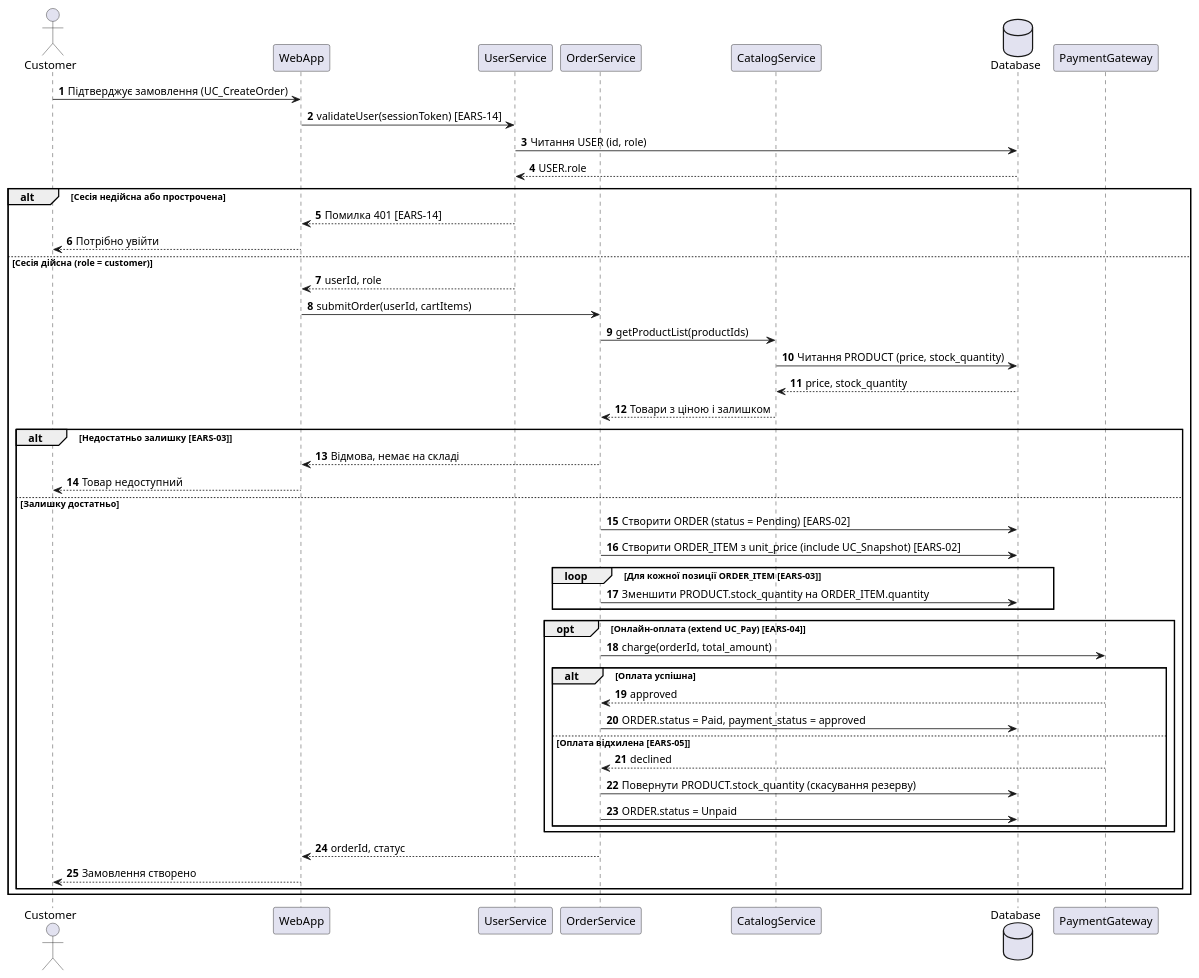
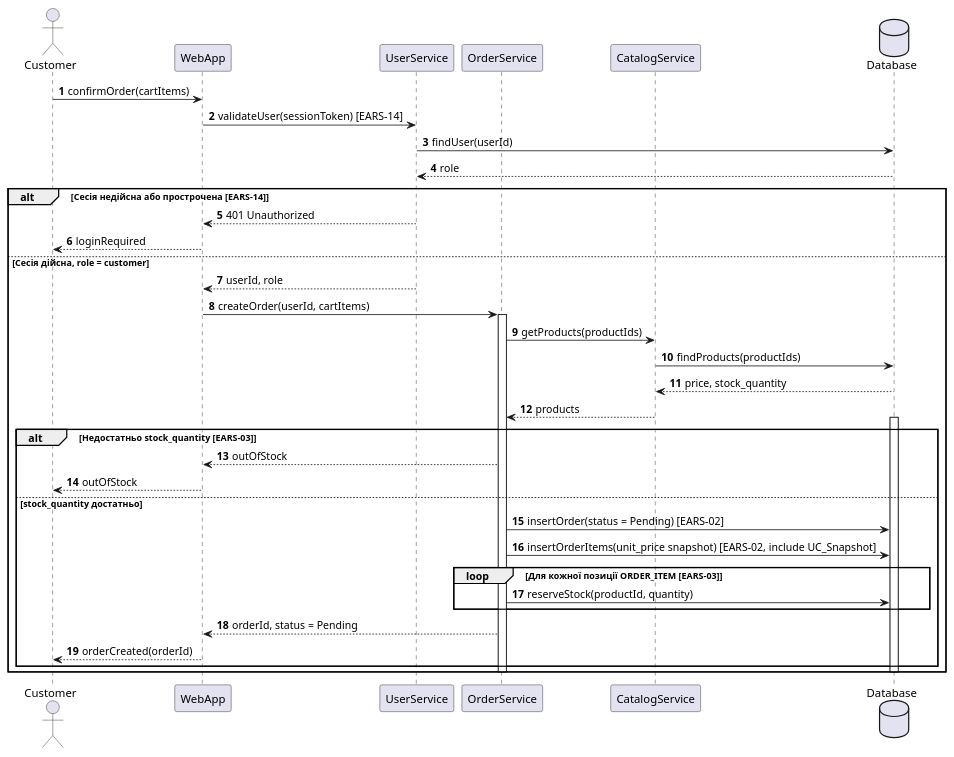
The first of 2 diagrams in task-3/sequence.puml (Stefect/Modeling-and-Analysis-of-Software-Requirements), drawn with PlantUML before and after one commit. The commit also changed other lines of this file and 3 other files, not shown here.

Commit message:
Оновив sequence-діаграми: розділений на окремі діаграми для кожного сценарію Gherkin, уточнено текст запиту в task-3/prompt-history.md, додав новий документ ADR для обґрунтування рішення.

```diff
--- a/task-3/sequence.puml
+++ b/task-3/sequence.puml
@@ -1,51 +4,42 @@
-@startuml sequence
-' Еталон для sequence.md (Mermaid). EARS у дужках квадратних, return — пунктирна стрілка.
+@startuml us-01-create-order
 autonumber
 
 actor Customer
 participant WebApp
 participant UserService
 participant OrderService
 participant CatalogService
 database Database
-participant PaymentGateway
 
-Customer -> WebApp : Підтверджує замовлення (UC_CreateOrder)
+Customer -> WebApp : confirmOrder(cartItems)
 WebApp -> UserService : validateUser(sessionToken) [EARS-14]
-UserService -> Database : Читання USER (id, role)
-Database --> UserService : USER.role
-alt Сесія недійсна або прострочена
-  UserService --> WebApp : Помилка 401 [EARS-14]
-  WebApp --> Customer : Потрібно увійти
-else Сесія дійсна (role = customer)
+UserService -> Database : findUser(userId)
+Database --> UserService : role
+alt Сесія недійсна або прострочена [EARS-14]
+  UserService --> WebApp : 401 Unauthorized
+  WebApp --> Customer : loginRequired
+else Сесія дійсна, role = customer
   UserService --> WebApp : userId, role
-  WebApp -> OrderService : submitOrder(userId, cartItems)
-  OrderService -> CatalogService : getProductList(productIds)
-  CatalogService -> Database : Читання PRODUCT (price, stock_quantity)
+  WebApp -> OrderService : createOrder(userId, cartItems)
+  activate OrderService
+  OrderService -> CatalogService : getProducts(productIds)
+  CatalogService -> Database : findProducts(productIds)
   Database --> CatalogService : price, stock_quantity
-  CatalogService --> OrderService : Товари з ціною і залишком
-  alt Недостатньо залишку [EARS-03]
-    OrderService --> WebApp : Відмова, немає на складі
-    WebApp --> Customer : Товар недоступний
-  else Залишку достатньо
-    OrderService -> Database : Створити ORDER (status = Pending) [EARS-02]
-    OrderService -> Database : Створити ORDER_ITEM з unit_price (include UC_Snapshot) [EARS-02]
+  CatalogService --> OrderService : products
+  activate Database
+  alt Недостатньо stock_quantity [EARS-03]
+    OrderService --> WebApp : outOfStock
+    WebApp --> Customer : outOfStock
+  else stock_quantity достатньо
+    OrderService -> Database : insertOrder(status = Pending) [EARS-02]
+    OrderService -> Database : insertOrderItems(unit_price snapshot) [EARS-02, include UC_Snapshot]
     loop Для кожної позиції ORDER_ITEM [EARS-03]
-      OrderService -> Database : Зменшити PRODUCT.stock_quantity на ORDER_ITEM.quantity
+      OrderService -> Database : reserveStock(productId, quantity)
     end
-    opt Онлайн-оплата (extend UC_Pay) [EARS-04]
-      OrderService -> PaymentGateway : charge(orderId, total_amount)
-      alt Оплата успішна
-        PaymentGateway --> OrderService : approved
-        OrderService -> Database : ORDER.status = Paid, payment_status = approved
-      else Оплата відхилена [EARS-05]
-        PaymentGateway --> OrderService : declined
-        OrderService -> Database : Повернути PRODUCT.stock_quantity (скасування резерву)
-        OrderService -> Database : ORDER.status = Unpaid
-      end
-    end
-    OrderService --> WebApp : orderId, статус
-    WebApp --> Customer : Замовлення створено
+    OrderService --> WebApp : orderId, status = Pending
+    WebApp --> Customer : orderCreated(orderId)
   end
+  deactivate Database
+  deactivate OrderService
 end
 @enduml
```
